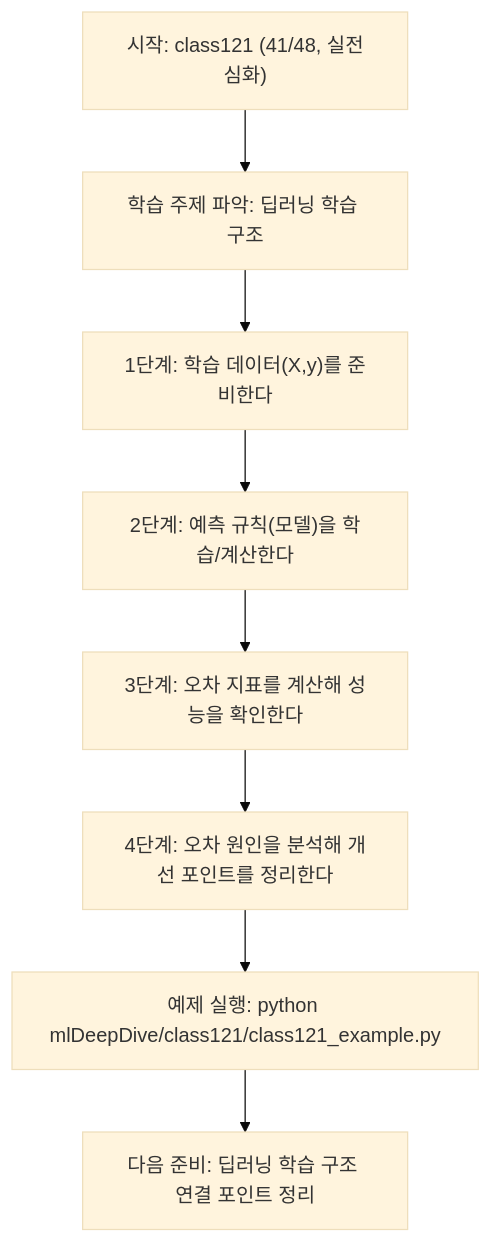
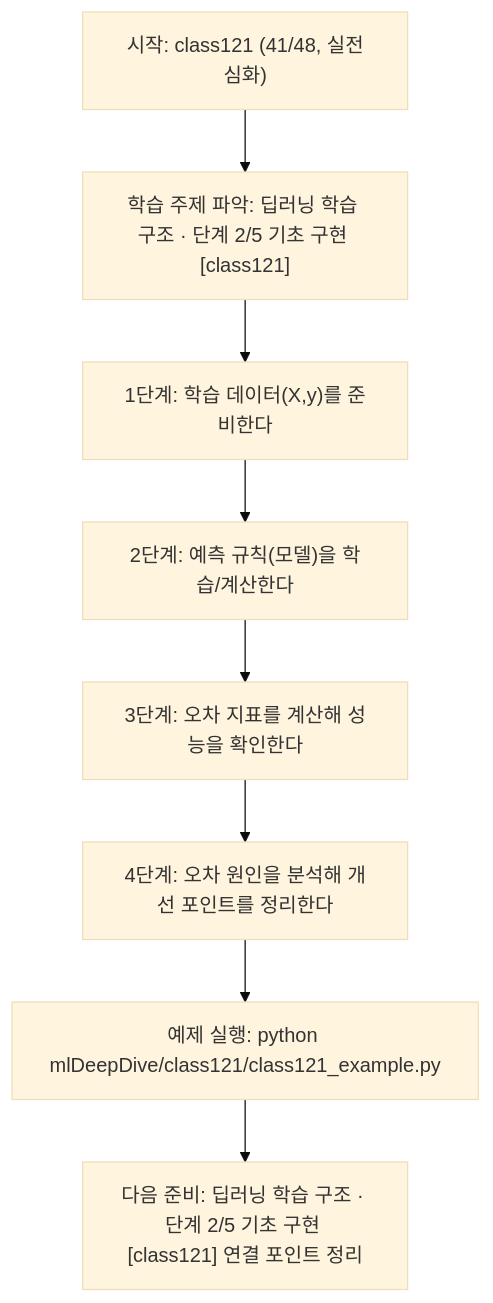
One commit to edumgt/Python-AI_Agent-Class changed the diagram in mlDeepDive/class121/class121.md. Above: the diagram before and after it, drawn with Mermaid (base theme). The commit also changed other lines of this file and 522 other files, not shown here.

````diff
--- a/mlDeepDive/class121/class121.md
+++ b/mlDeepDive/class121/class121.md
@@ -109,18 +110,18 @@
 ```mermaid
 flowchart TD
 N1["시작: class121 (41/48, 실전심화)"]
-N2["학습 주제 파악: 딥러닝 학습 구조"]
+N2["학습 주제 파악: 딥러닝 학습 구조 · 단계 2/5 기초 구현 [class121]"]
 N3["1단계: 학습 데이터(X,y)를 준비한다"]
 N4["2단계: 예측 규칙(모델)을 학습/계산한다"]
 N5["3단계: 오차 지표를 계산해 성능을 확인한다"]
 N6["4단계: 오차 원인을 분석해 개선 포인트를 정리한다"]
 N7["예제 실행: python mlDeepDive/class121/class121_example.py"]
-N8["다음 준비: 딥러닝 학습 구조 연결 포인트 정리"]
+N8["다음 준비: 딥러닝 학습 구조 · 단계 2/5 기초 구현 [class121] 연결 포인트 정리"]
 N1 --> N2
 N2 --> N3
 N3 --> N4
 N4 --> N5
 N5 --> N6
 N6 --> N7
 N7 --> N8
 ```
````
